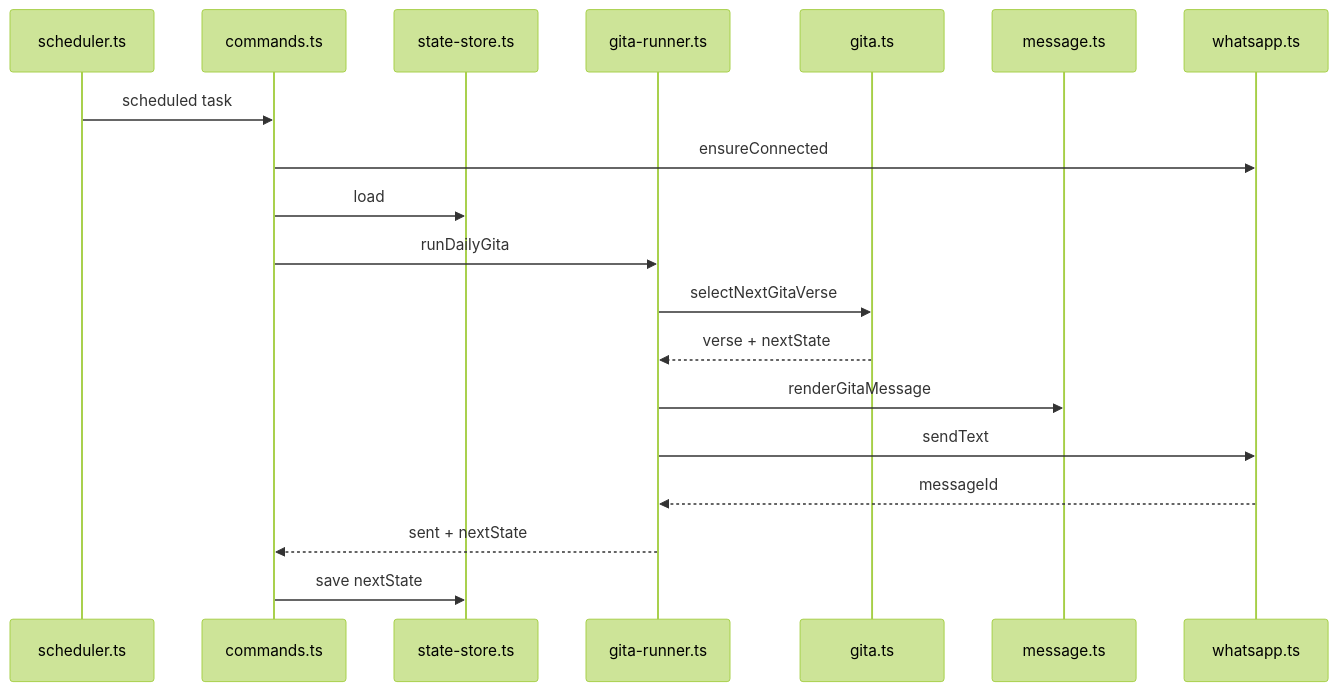
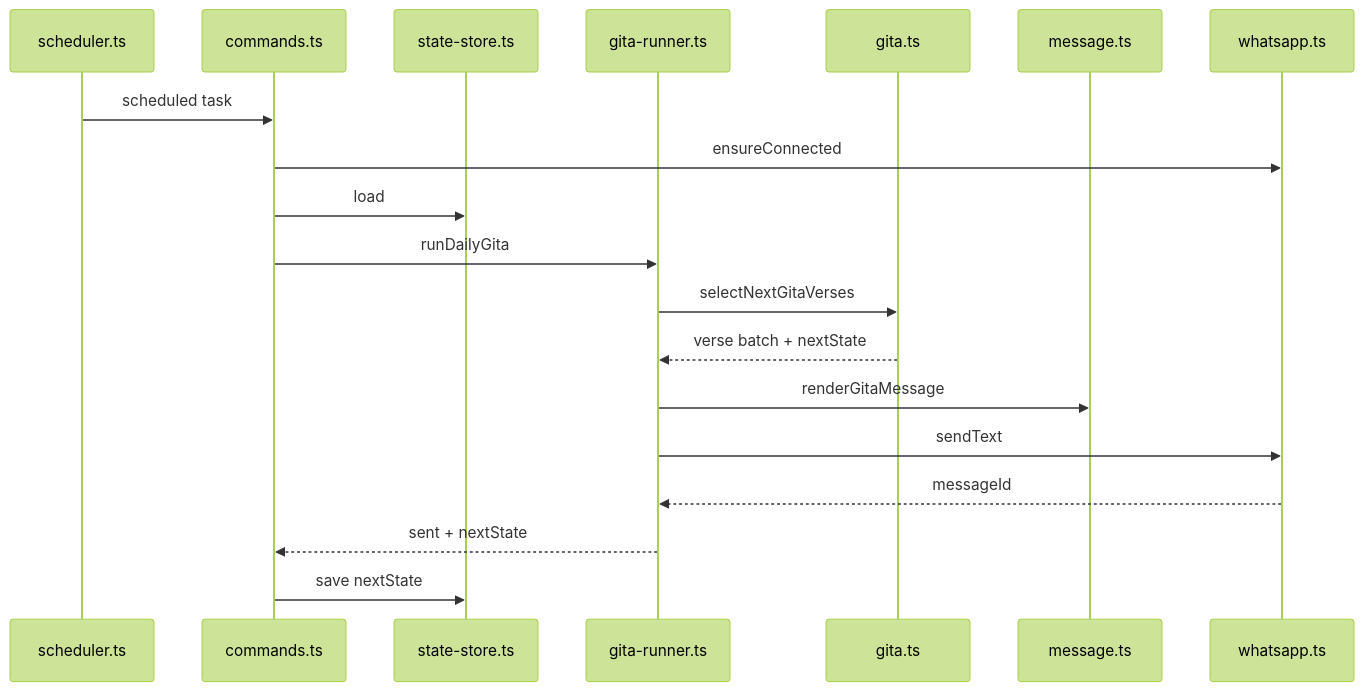
The second of 2 diagrams in docs/ARCHITECTURE.md (sidntrivedi/wapp-quote), drawn with Mermaid (forest theme) before and after one commit. The commit also changed other lines of this file and 16 other files, not shown here.

````diff
--- a/docs/ARCHITECTURE.md
+++ b/docs/ARCHITECTURE.md
@@ -151,22 +151,22 @@
 ```mermaid
 sequenceDiagram
     participant Sch as scheduler.ts
     participant Cmd as commands.ts
     participant Store as state-store.ts
     participant Run as gita-runner.ts
     participant Gita as gita.ts
     participant Msg as message.ts
     participant WA as whatsapp.ts
 
     Sch->>Cmd: scheduled task
     Cmd->>WA: ensureConnected
     Cmd->>Store: load
     Cmd->>Run: runDailyGita
-    Run->>Gita: selectNextGitaVerse
-    Gita-->>Run: verse + nextState
+    Run->>Gita: selectNextGitaVerses
+    Gita-->>Run: verse batch + nextState
     Run->>Msg: renderGitaMessage
     Run->>WA: sendText
     WA-->>Run: messageId
     Run-->>Cmd: sent + nextState
     Cmd->>Store: save nextState
 ```
````
